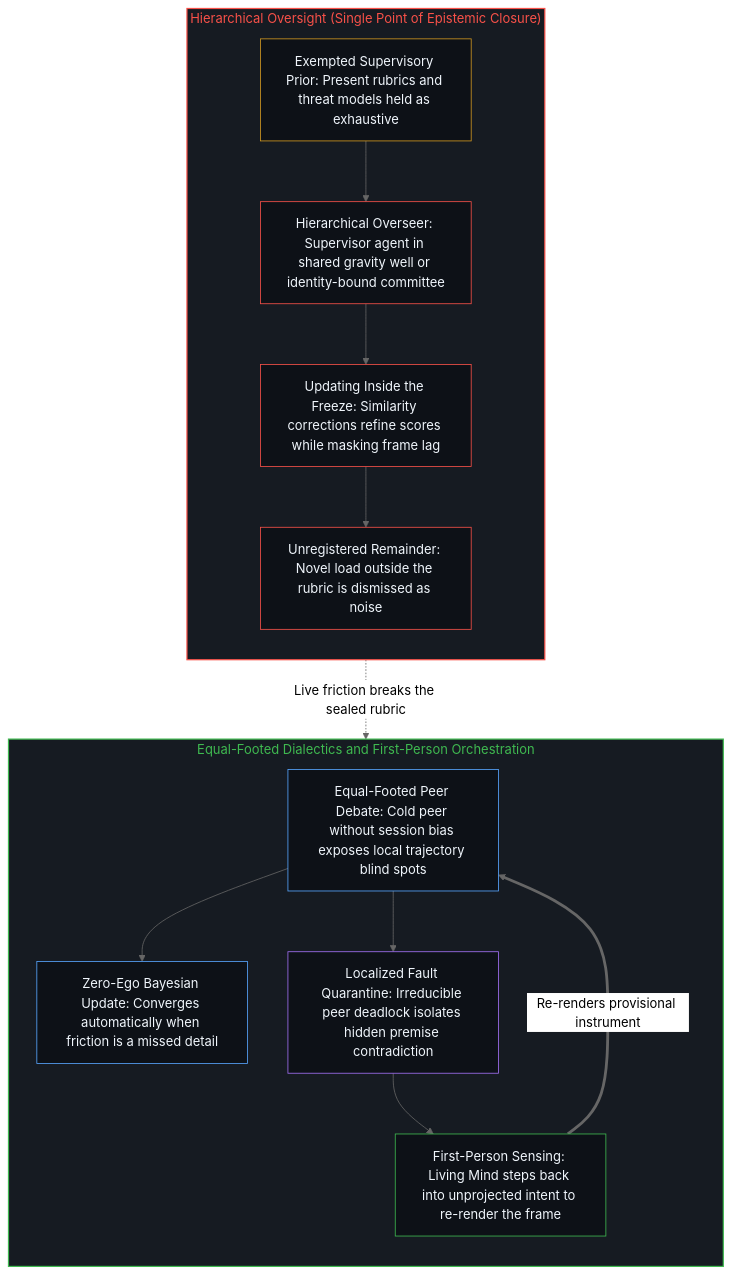
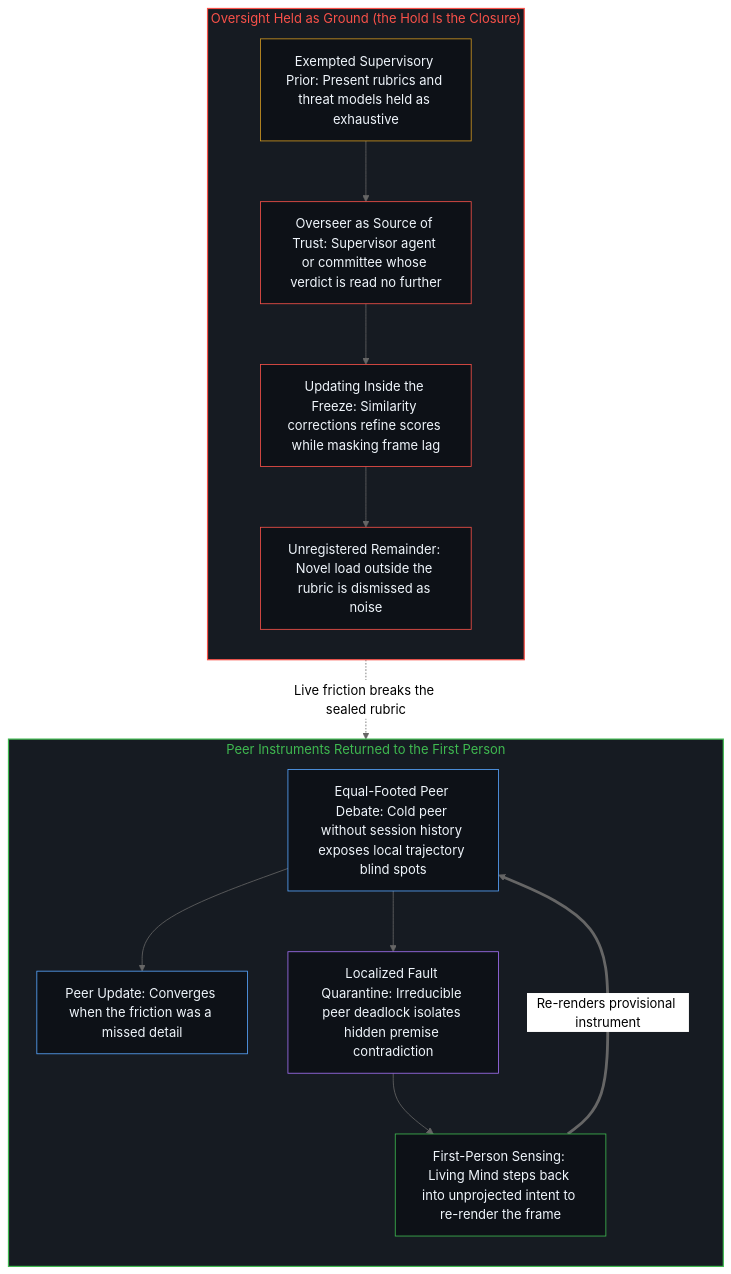
Before and after one commit to powerpig99/not-a-toe: the second of 2 diagrams in content/posts/the-risk-is-the-belief-in-oversight-itself.md, drawn with Mermaid (neutral theme). The commit also changed other lines of this file and 1 other file, not shown here.

First line of the commit message:
Sleep L1 (the-reversal-of-verification): the-risk-is-the-belief-in-oversight-itself

````diff
--- a/content/posts/the-risk-is-the-belief-in-oversight-itself.md
+++ b/content/posts/the-risk-is-the-belief-in-oversight-itself.md
@@ -125,35 +122,32 @@
 ```mermaid
 flowchart TD
-    subgraph S_Closed["Hierarchical Oversight (Single Point of Epistemic Closure)"]
+    subgraph S_Closed["Oversight Held as Ground (the Hold Is the Closure)"]
         direction TB
         C_Prior["Exempted Supervisory Prior: Present rubrics and threat models held as exhaustive"]
-        C_Judge["Hierarchical Overseer: Supervisor agent in shared gravity well or identity-bound committee"]
+        C_Judge["Overseer as Source of Trust: Supervisor agent or committee whose verdict is read no further"]
         C_Loop["Updating Inside the Freeze: Similarity corrections refine scores while masking frame lag"]
         C_Blind["Unregistered Remainder: Novel load outside the rubric is dismissed as noise"]
         C_Prior --> C_Judge --> C_Loop --> C_Blind
     end
-
-    subgraph S_Open["Equal-Footed Dialectics and First-Person Orchestration"]
+    subgraph S_Open["Peer Instruments Returned to the First Person"]
         direction TB
-        O_Peer["Equal-Footed Peer Debate: Cold peer without session bias exposes local trajectory blind spots"]
-        O_Bayes["Zero-Ego Bayesian Update: Converges automatically when friction is a missed detail"]
+        O_Peer["Equal-Footed Peer Debate: Cold peer without session history exposes local trajectory blind spots"]
+        O_Bayes["Peer Update: Converges when the friction was a missed detail"]
         O_Dead["Localized Fault Quarantine: Irreducible peer deadlock isolates hidden premise contradiction"]
         O_Mind["First-Person Sensing: Living Mind steps back into unprojected intent to re-render the frame"]
         O_Peer --> O_Bayes
         O_Peer --> O_Dead --> O_Mind
     end
-
     C_Blind -.->|"Live friction breaks the sealed rubric"| O_Dead
     O_Mind ==>|"Re-renders provisional instrument"| O_Peer
-
     style S_Closed fill:#161b22,stroke:#f85149,stroke-width:1.5px,color:#f85149
     style S_Open fill:#161b22,stroke:#3fb950,stroke-width:1.5px,color:#3fb950
     style C_Prior fill:#0d1117,stroke:#d29922,stroke-width:1px,color:#f0f6fc
     style C_Judge fill:#0d1117,stroke:#f85149,stroke-width:1px,color:#f0f6fc
     style C_Loop fill:#0d1117,stroke:#f85149,stroke-width:1px,color:#f0f6fc
     style C_Blind fill:#0d1117,stroke:#f85149,stroke-width:1px,color:#f0f6fc
     style O_Peer fill:#0d1117,stroke:#58a6ff,stroke-width:1px,color:#f0f6fc
     style O_Bayes fill:#0d1117,stroke:#58a6ff,stroke-width:1px,color:#f0f6fc
     style O_Dead fill:#0d1117,stroke:#a371f7,stroke-width:1px,color:#f0f6fc
     style O_Mind fill:#0d1117,stroke:#3fb950,stroke-width:1px,color:#f0f6fc
 ```
````
